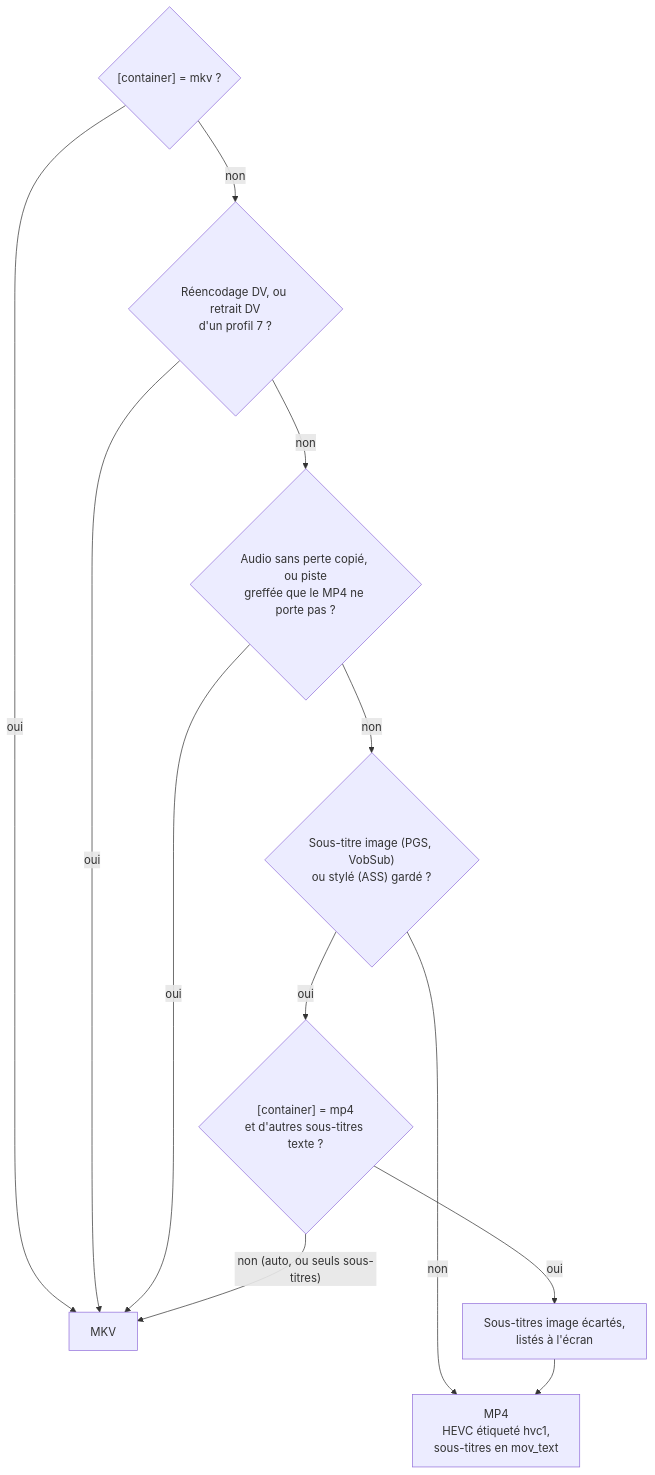
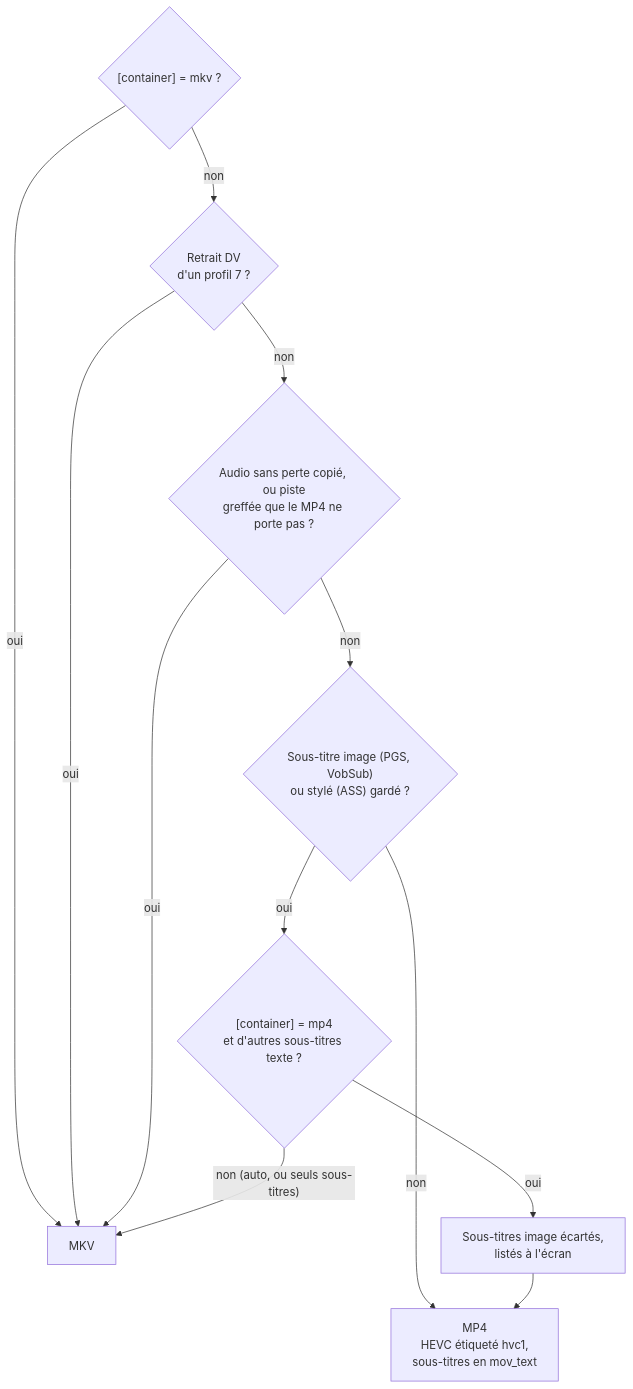
The sixth of 6 diagrams in README.md (opegon/IRIS_Encode), drawn with Mermaid before and after one commit. The commit also changed other lines of this file and 21 other files, not shown here.

````diff
--- a/README.md
+++ b/README.md
@@ -183,14 +183,14 @@
 ```mermaid
 flowchart TD
     C0{"[container] = mkv ?"}
     C0 -->|oui| MKV["MKV"]
-    C0 -->|non| C1{"Réencodage DV, ou retrait DV<br/>d'un profil 7 ?"}
+    C0 -->|non| C1{"Retrait DV<br/>d'un profil 7 ?"}
     C1 -->|oui| MKV
     C1 -->|non| C2{"Audio sans perte copié, ou piste<br/>greffée que le MP4 ne porte pas ?"}
     C2 -->|oui| MKV
     C2 -->|non| C3{"Sous-titre image (PGS, VobSub)<br/>ou stylé (ASS) gardé ?"}
     C3 -->|non| MP4["MP4<br/>HEVC étiqueté hvc1,<br/>sous-titres en mov_text"]
     C3 -->|oui| C4{"[container] = mp4<br/>et d'autres sous-titres texte ?"}
     C4 -->|oui| C5["Sous-titres image écartés,<br/>listés à l'écran"] --> MP4
     C4 -->|"non (auto, ou seuls sous-titres)"| MKV
 ```
````
